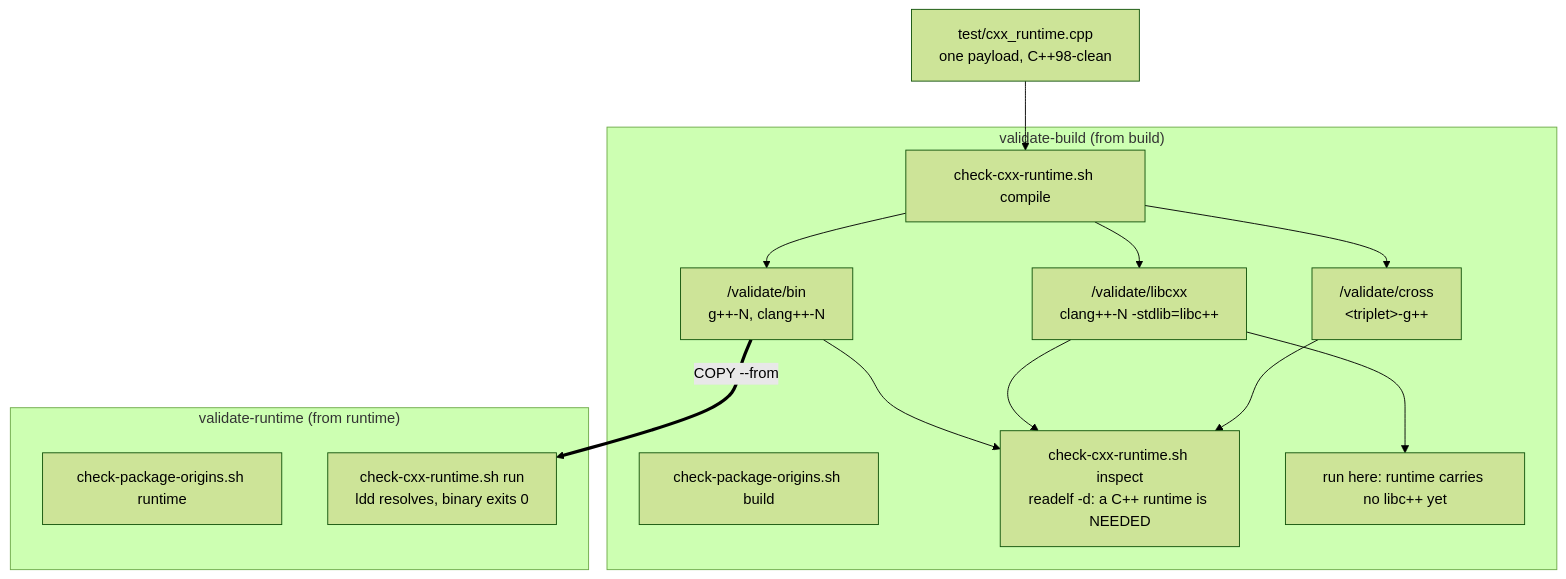
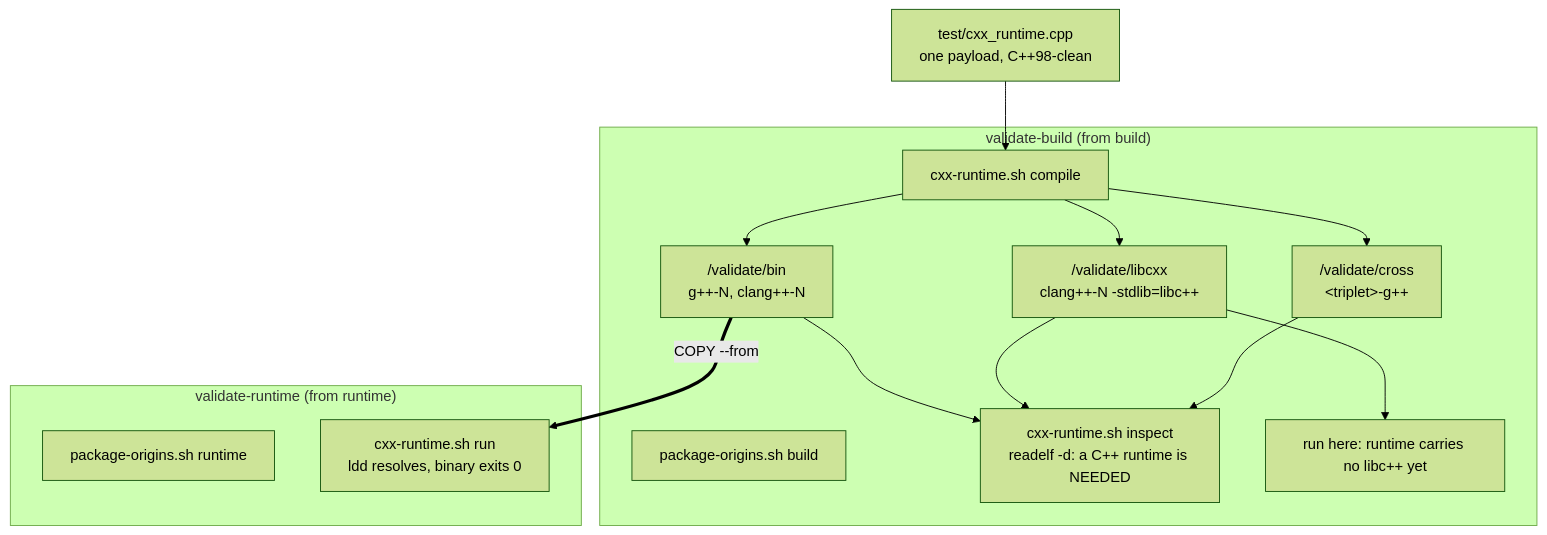
One commit to GuillaumeDua/cpp-toolchain changed the second of 3 diagrams in docs/IMAGES_VALIDATION.md. Above: the diagram before and after it, drawn with Mermaid (forest theme). The commit also changed other lines of this file and 7 other files, not shown here.

````diff
--- a/docs/IMAGES_VALIDATION.md
+++ b/docs/IMAGES_VALIDATION.md
@@ -101,28 +101,28 @@
 ```mermaid
 flowchart TD
     subgraph vb["validate-build (from build)"]
-        origins1["check-package-origins.sh build"]
-        compile["check-cxx-runtime.sh compile"]
+        origins1["package-origins.sh build"]
+        compile["cxx-runtime.sh compile"]
         bin["/validate/bin<br/>g++-N, clang++-N"]
         libcxx["/validate/libcxx<br/>clang++-N -stdlib=libc++"]
         cross["/validate/cross<br/>&lt;triplet&gt;-g++"]
-        inspect["check-cxx-runtime.sh inspect<br/>readelf -d: a C++ runtime is NEEDED"]
+        inspect["cxx-runtime.sh inspect<br/>readelf -d: a C++ runtime is NEEDED"]
         runb["run here: runtime carries no libc++ yet"]
 
         compile --> bin
         compile --> libcxx
         compile --> cross
         bin --> inspect
         libcxx --> inspect
         cross --> inspect
         libcxx --> runb
     end
 
     subgraph vr["validate-runtime (from runtime)"]
-        origins2["check-package-origins.sh runtime"]
-        runr["check-cxx-runtime.sh run<br/>ldd resolves, binary exits 0"]
+        origins2["package-origins.sh runtime"]
+        runr["cxx-runtime.sh run<br/>ldd resolves, binary exits 0"]
     end
 
     src["test/cxx_runtime.cpp<br/>one payload, C++98-clean"] --> compile
     bin ==>|"COPY --from"| runr
 ```
````
